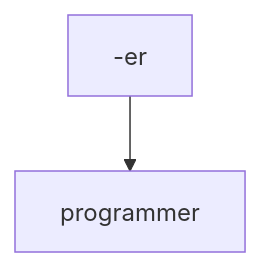
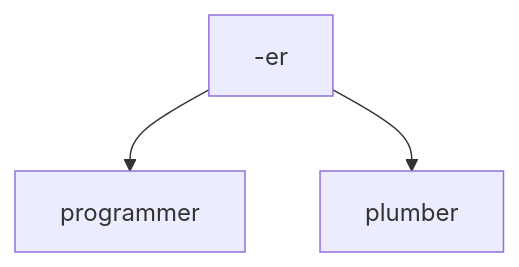
One commit to pleabargain/EnglishHelpsYourCareer changed diagram 38 of 44 in prefixes_suffixes.md. Above: the diagram before and after it, drawn with Mermaid. The commit also changed other lines of this file, not shown here.

````diff
--- a/prefixes_suffixes.md
+++ b/prefixes_suffixes.md
@@ -461,4 +455,5 @@
 ```mermaid
 graph TD;
 -er --> programmer;
+-er --> plumber;
 ```
````
